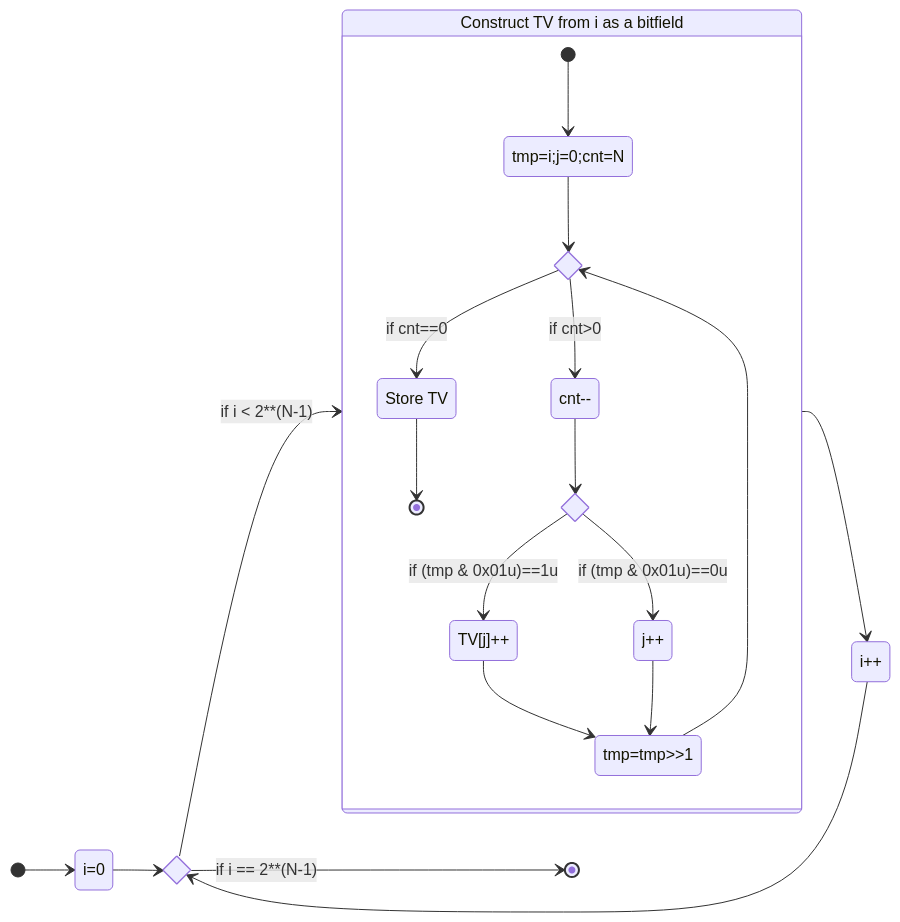
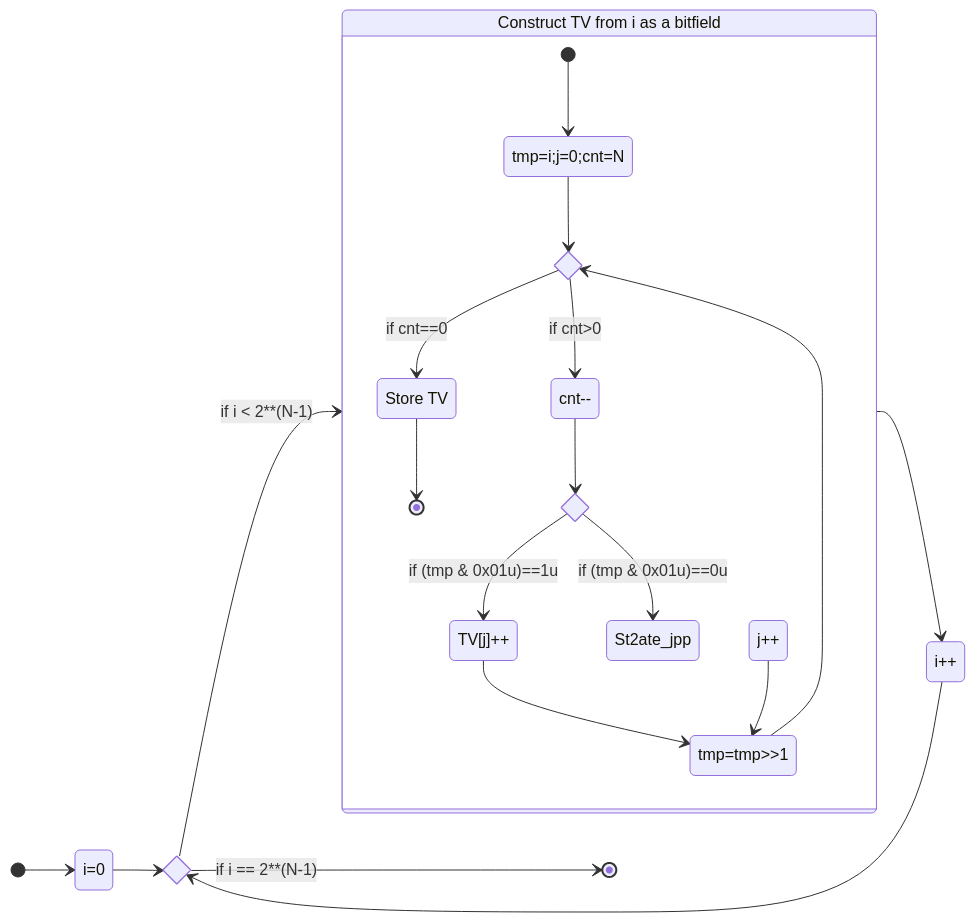
One commit to Joecstarr/joe-starr.com changed the first of 2 diagrams in content/slides/dearborn_F23.md. Above: the diagram before and after it, drawn with Mermaid. The commit also changed other lines of this file and 7 other files, not shown here.

````diff
--- a/content/slides/dearborn_F23.md
+++ b/content/slides/dearborn_F23.md
@@ -594,39 +586,39 @@
 ```mermaid
 stateDiagram-v2
     direction LR
 
     state if_done <<choice>>
     State_i: i=0
     State_ipp: i++
     state "Construct TV from i as a bitfield" as tv_calc{
         state "tmp=i;j=0;cnt=N" as State_temp
         State_jpp: j++
         State_cntmm: cnt--
         State_sum_tv: TV[j]++
         State_rsh: tmp=tmp>>1
         state if_lsb <<choice>>
         state if_cnteo <<choice>>
         State_store_tv: Store TV
 
         [*] --> State_temp
         State_temp --> if_cnteo
         if_cnteo--> State_cntmm: if cnt>0
         if_cnteo--> State_store_tv: if cnt==0
         State_store_tv --> [*]
 
         State_cntmm -->if_lsb
         if_lsb -->State_sum_tv: if (tmp & 0x01u)==1u
         State_sum_tv --> State_rsh
-        if_lsb -->State_jpp: if (tmp & 0x01u)==0u
+        if_lsb -->St2ate_jpp: if (tmp & 0x01u)==0u
         State_jpp --> State_rsh
         State_rsh --> if_cnteo
     }
     [*] --> State_i
     State_i --> if_done
     if_done --> tv_calc: if i < 2**(N-1)
     tv_calc --> State_ipp
     State_ipp --> if_done
     if_done --> [*]: if i == 2**(N-1)
 
 
 ```
````
